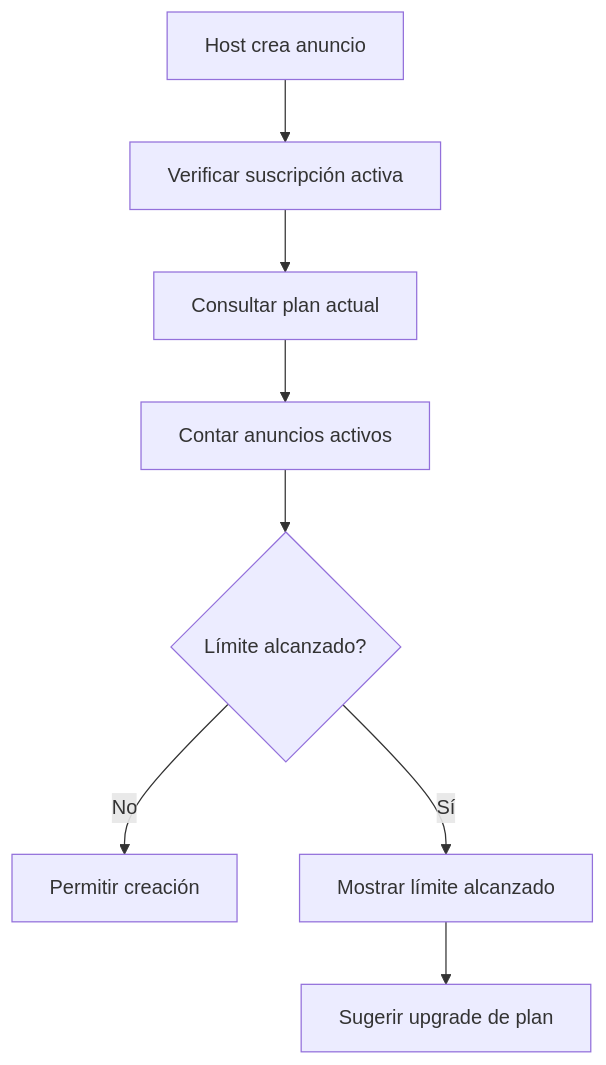
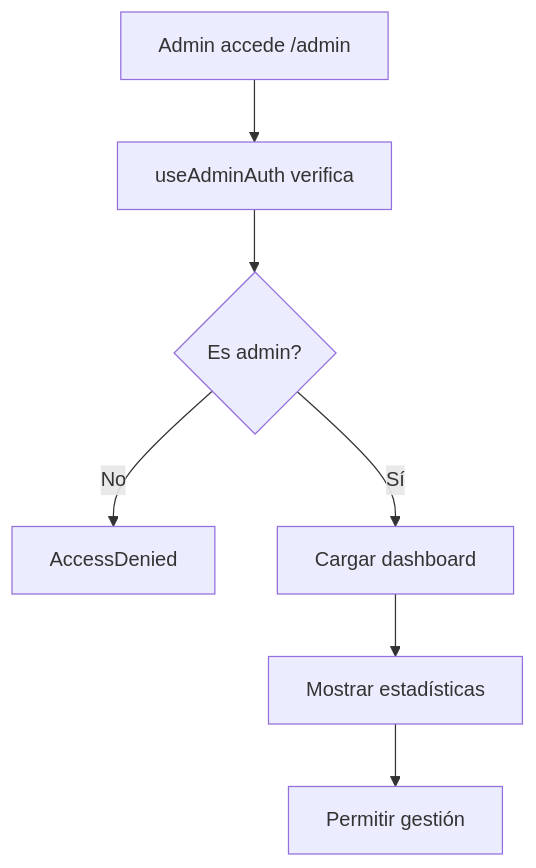
Before and after one commit to mamboking91/gomeraway: the third of 3 diagrams in DATABASE_SYSTEM_REFERENCE.md, drawn with Mermaid. The commit also changed other lines of this file and 12 other files, not shown here.

````diff
--- a/DATABASE_SYSTEM_REFERENCE.md
+++ b/DATABASE_SYSTEM_REFERENCE.md
@@ -298,10 +460,9 @@
 ```mermaid
 graph TD
-    A[Host crea anuncio] --> B[Verificar suscripción activa]
-    B --> C[Consultar plan actual]
-    C --> D[Contar anuncios activos]
-    D --> E{Límite alcanzado?}
-    E -->|No| F[Permitir creación]
-    E -->|Sí| G[Mostrar límite alcanzado]
-    G --> H[Sugerir upgrade de plan]
+    A[Admin accede /admin] --> B[useAdminAuth verifica]
+    B --> C{Es admin?}
+    C -->|No| D[AccessDenied]
+    C -->|Sí| E[Cargar dashboard]
+    E --> F[Mostrar estadísticas]
+    F --> G[Permitir gestión]
 ```
````
